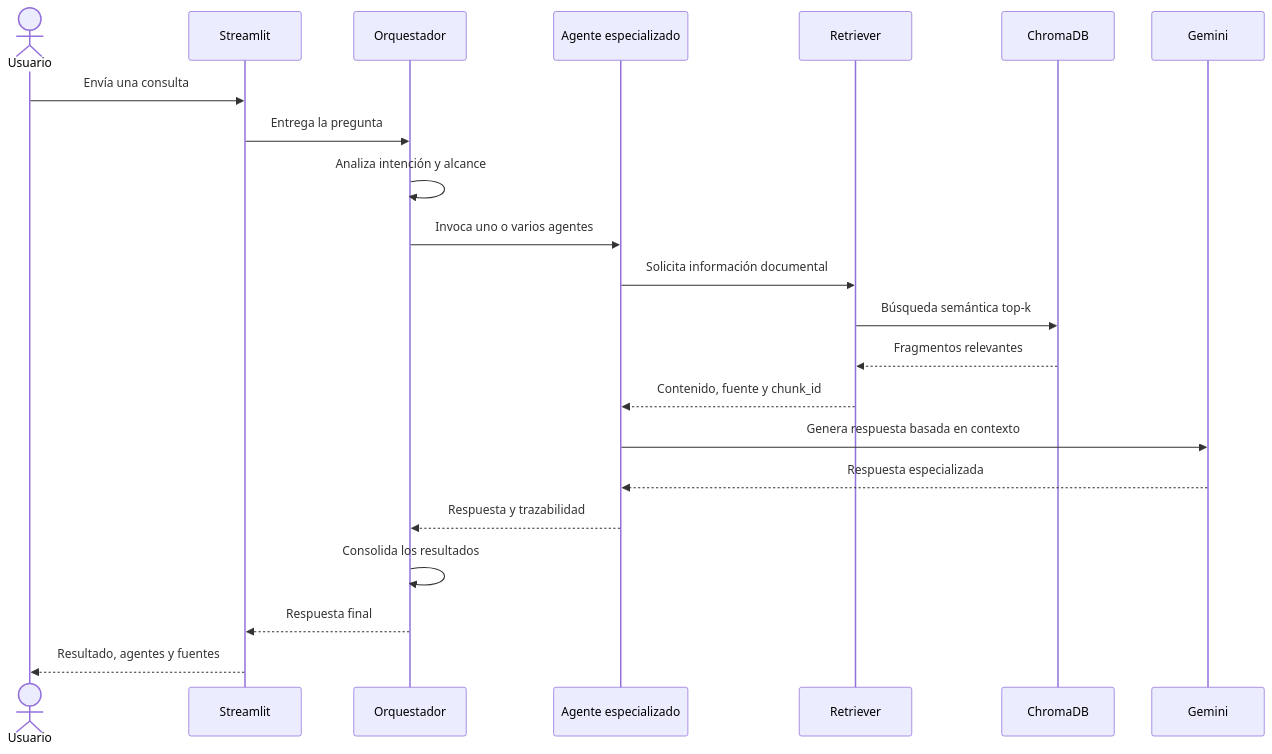
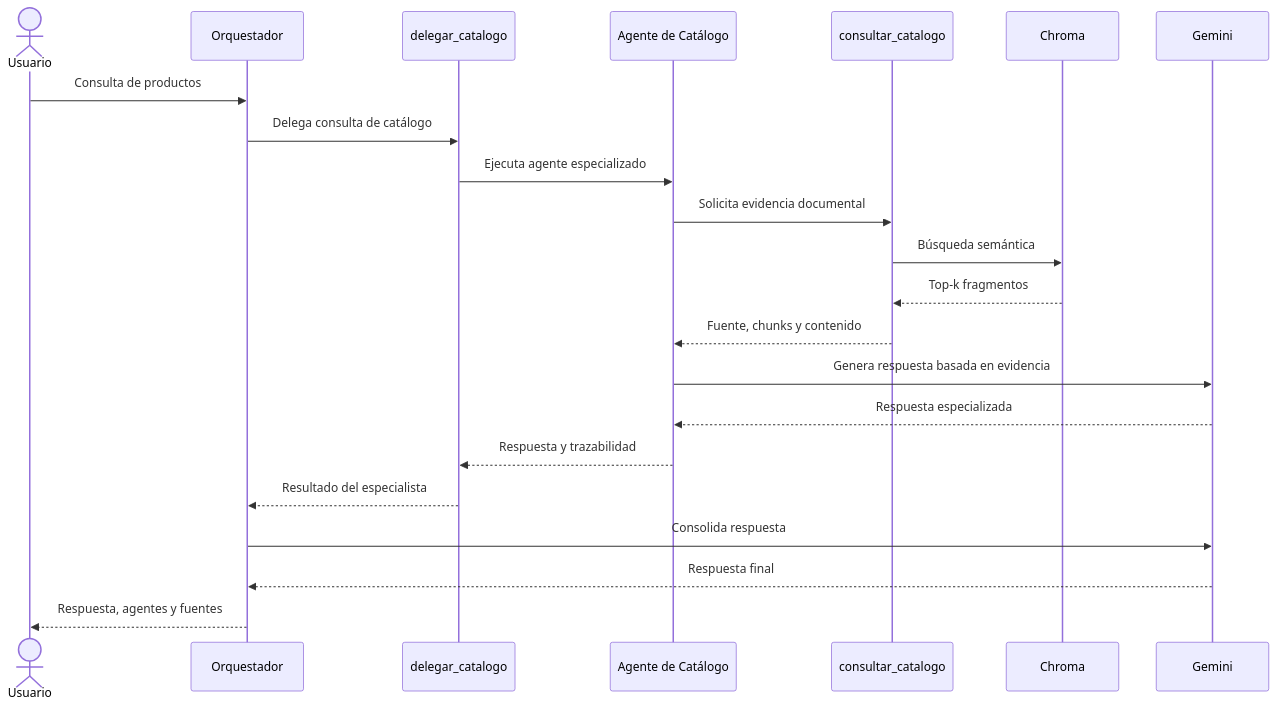
One commit to DarkorZ/ProyectoFinal_IA_Netlife changed the second of 2 diagrams in AgentePatito_sa/README.md. Above: the diagram before and after it, drawn with Mermaid. The commit also changed other lines of this file, not shown here.

Commit message:
Actualizacion del readme al bloque 4 desarrollado

````diff
--- a/AgentePatito_sa/README.md
+++ b/AgentePatito_sa/README.md
@@ -362,25 +561,25 @@
 ```mermaid
 sequenceDiagram
     actor Usuario
-    participant UI as Streamlit
     participant O as Orquestador
-    participant A as Agente especializado
-    participant R as Retriever
-    participant C as ChromaDB
+    participant D as delegar_catalogo
+    participant A as Agente de Catálogo
+    participant T as consultar_catalogo
+    participant C as Chroma
     participant G as Gemini
 
-    Usuario->>UI: Envía una consulta
-    UI->>O: Entrega la pregunta
-    O->>O: Analiza intención y alcance
-    O->>A: Invoca uno o varios agentes
-    A->>R: Solicita información documental
-    R->>C: Búsqueda semántica top-k
-    C-->>R: Fragmentos relevantes
-    R-->>A: Contenido, fuente y chunk_id
-    A->>G: Genera respuesta basada en contexto
+    Usuario->>O: Consulta de productos
+    O->>D: Delega consulta de catálogo
+    D->>A: Ejecuta agente especializado
+    A->>T: Solicita evidencia documental
+    T->>C: Búsqueda semántica
+    C-->>T: Top-k fragmentos
+    T-->>A: Fuente, chunks y contenido
+    A->>G: Genera respuesta basada en evidencia
     G-->>A: Respuesta especializada
-    A-->>O: Respuesta y trazabilidad
-    O->>O: Consolida los resultados
-    O-->>UI: Respuesta final
-    UI-->>Usuario: Resultado, agentes y fuentes
+    A-->>D: Respuesta y trazabilidad
+    D-->>O: Resultado del especialista
+    O->>G: Consolida respuesta
+    G-->>O: Respuesta final
+    O-->>Usuario: Respuesta, agentes y fuentes
 ```
````
